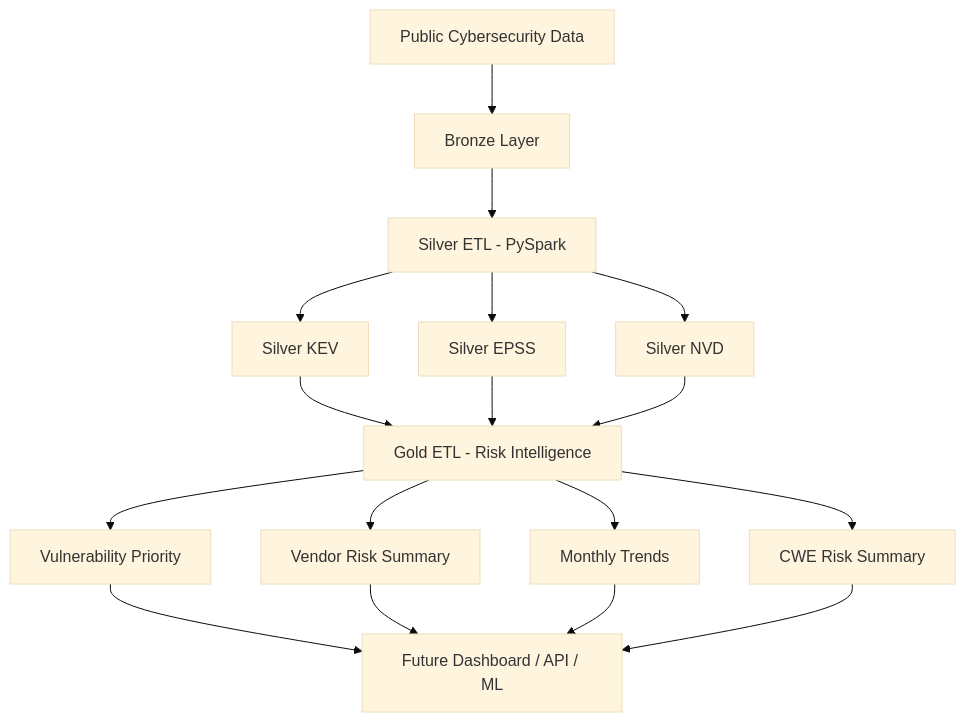
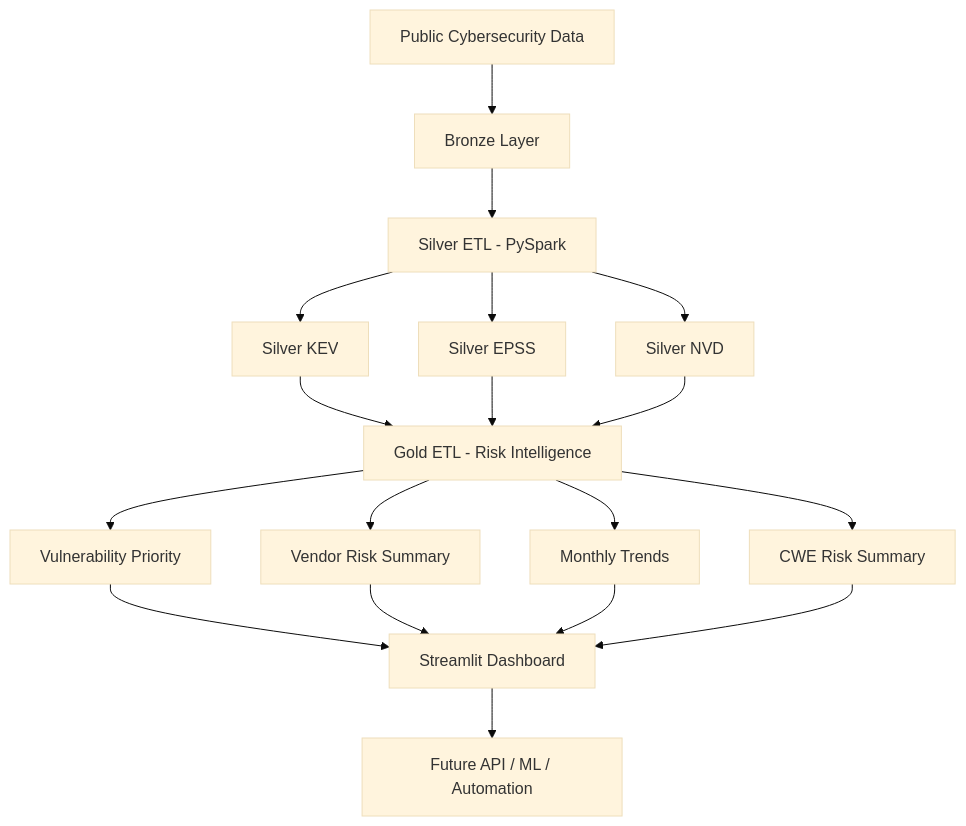
Before and after one commit to momo840505/cyber-risk-intelligence-lakehouse: the diagram in README.md, drawn with Mermaid (base theme). The commit also changed other lines of this file, not shown here.

Commit message:
Document Streamlit dashboard

````diff
--- a/README.md
+++ b/README.md
@@ -61,23 +62,25 @@
 ```mermaid
 flowchart TD
     A["Public Cybersecurity Data"] --> B["Bronze Layer"]
     B --> C["Silver ETL - PySpark"]
 
     C --> D["Silver KEV"]
     C --> E["Silver EPSS"]
     C --> F["Silver NVD"]
 
     D --> G["Gold ETL - Risk Intelligence"]
     E --> G
     F --> G
 
     G --> H["Vulnerability Priority"]
     G --> I["Vendor Risk Summary"]
     G --> J["Monthly Trends"]
     G --> K["CWE Risk Summary"]
 
-    H --> L["Future Dashboard / API / ML"]
+    H --> L["Streamlit Dashboard"]
     I --> L
     J --> L
     K --> L
+
+    L --> M["Future API / ML / Automation"]
 ```
````
